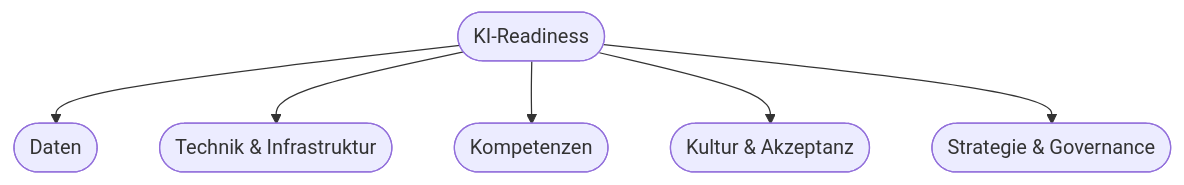
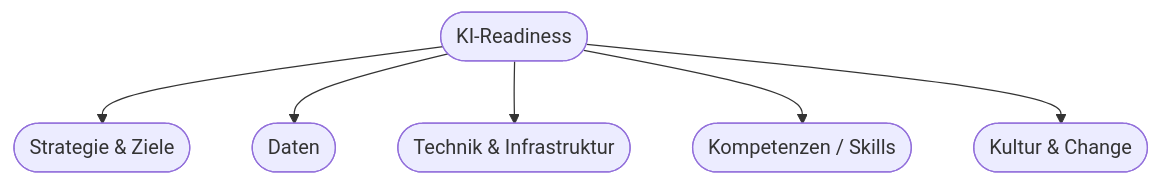
Before and after one commit to Qualidy/Prompt-Engineering-KI-in-der-Arbeitswelt: the diagram in docs/content/kapitel7.md, drawn with Mermaid. The commit also changed other lines of this file and 80 other files, not shown here.

````diff
--- a/docs/content/kapitel7.md
+++ b/docs/content/kapitel7.md
@@ -24,8 +28,8 @@
 ```mermaid
 flowchart TD
-    Z([KI-Readiness]) --> A([Daten])
-    Z --> B([Technik & Infrastruktur])
-    Z --> C([Kompetenzen])
-    Z --> D([Kultur & Akzeptanz])
-    Z --> E([Strategie & Governance])
+    A([KI-Readiness]) --> B([Strategie & Ziele])
+    A --> C([Daten])
+    A --> D([Technik & Infrastruktur])
+    A --> E([Kompetenzen / Skills])
+    A --> F([Kultur & Change])
 ```
````
